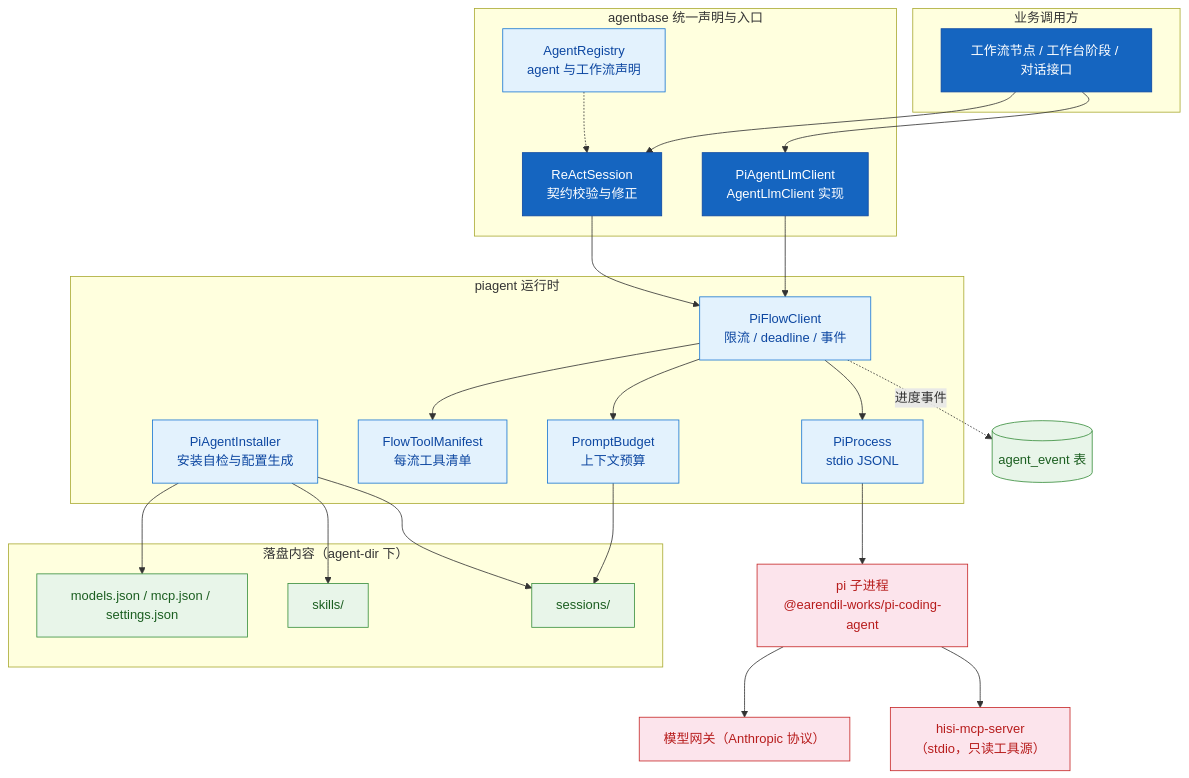
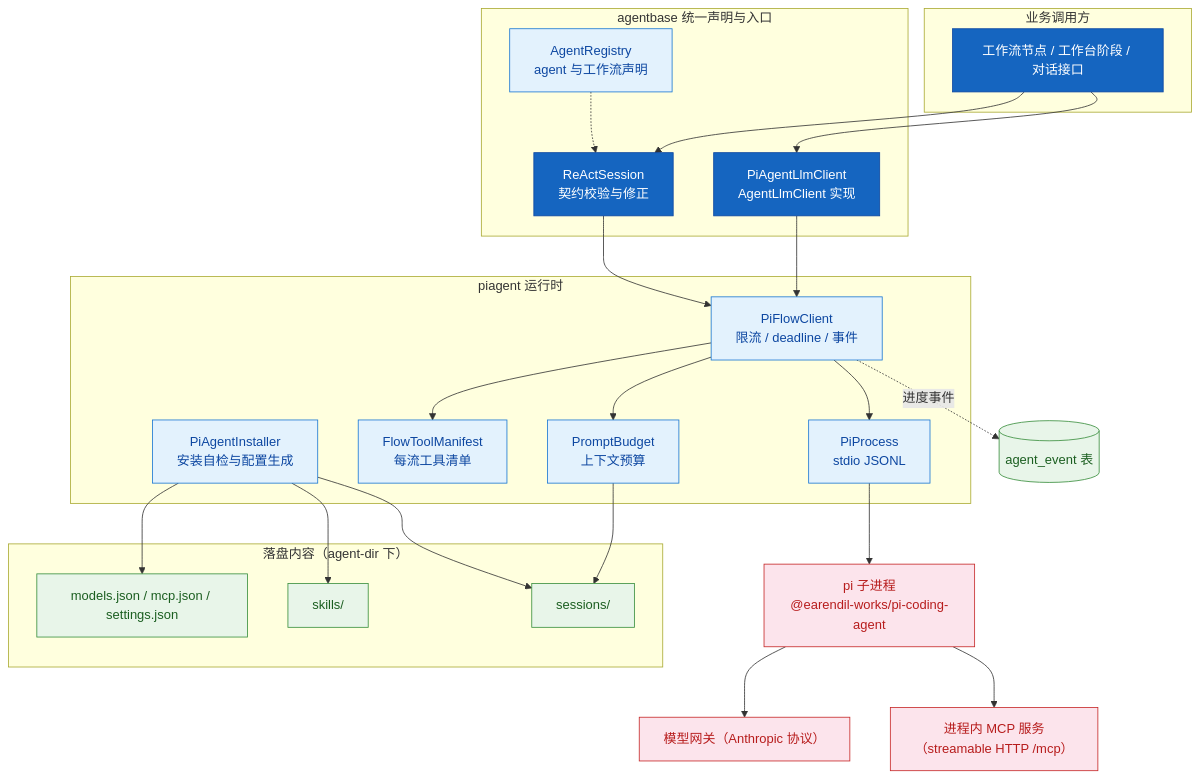
Before and after one commit to shenjiangchun/codeKnowledge: the first of 2 diagrams in hisi-dev-tool/docs/codewiki/03-模块说明/pi-agent底座.md, drawn with Mermaid. The commit also changed other lines of this file and 27 other files, not shown here.

````diff
--- a/hisi-dev-tool/docs/codewiki/03-模块说明/pi-agent底座.md
+++ b/hisi-dev-tool/docs/codewiki/03-模块说明/pi-agent底座.md
@@ -54,56 +54,56 @@
 ```mermaid
 flowchart TD
     subgraph BIZ["业务调用方"]
         B1["工作流节点 / 工作台阶段 / 对话接口"]
     end
 
     subgraph BASE["agentbase 统一声明与入口"]
         REG["AgentRegistry<br/>agent 与工作流声明"]
         RS["ReActSession<br/>契约校验与修正"]
         LLM["PiAgentLlmClient<br/>AgentLlmClient 实现"]
     end
 
     subgraph PI["piagent 运行时"]
         INST["PiAgentInstaller<br/>安装自检与配置生成"]
         MAN["FlowToolManifest<br/>每流工具清单"]
         BUD["PromptBudget<br/>上下文预算"]
         CLI["PiFlowClient<br/>限流 / deadline / 事件"]
         PROC["PiProcess<br/>stdio JSONL"]
     end
 
     subgraph DISK["落盘内容（agent-dir 下）"]
         CFG["models.json / mcp.json / settings.json"]
         SK["skills/"]
         SESS["sessions/"]
     end
 
     PIP["pi 子进程<br/>@earendil-works/pi-coding-agent"]:::ext
-    MCP["hisi-mcp-server<br/>（stdio，只读工具源）"]:::ext
+    MCP["进程内 MCP 服务<br/>（streamable HTTP /mcp）"]:::ext
     GW["模型网关（Anthropic 协议）"]:::ext
     EV[("agent_event 表")]:::data
 
     B1 --> RS
     B1 --> LLM
     REG -.-> RS
     RS --> CLI
     LLM --> CLI
     CLI --> MAN
     CLI --> BUD
     CLI --> PROC
     INST --> CFG
     INST --> SK
     INST --> SESS
     BUD --> SESS
     PROC --> PIP
     PIP --> GW
     PIP --> MCP
     CLI -.进度事件.-> EV
 
     classDef entry fill:#1565c0,stroke:#0d47a1,color:#fff
     classDef process fill:#e3f2fd,stroke:#1976d2,color:#0d47a1
     classDef data fill:#e8f5e9,stroke:#388e3c,color:#1b5e20
     classDef ext fill:#fce4ec,stroke:#c62828,color:#b71c1c
     class B1,RS,LLM entry
     class REG,MAN,BUD,CLI,PROC,INST process
     class CFG,SK,SESS data
 ```
````
